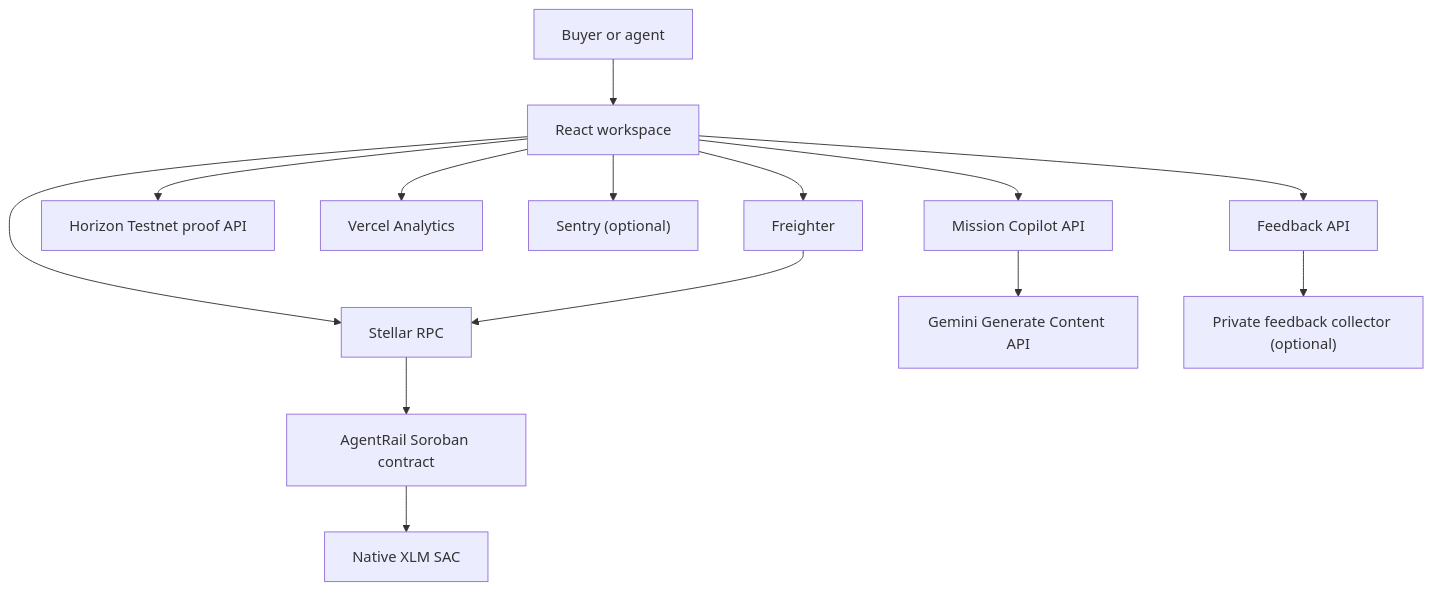
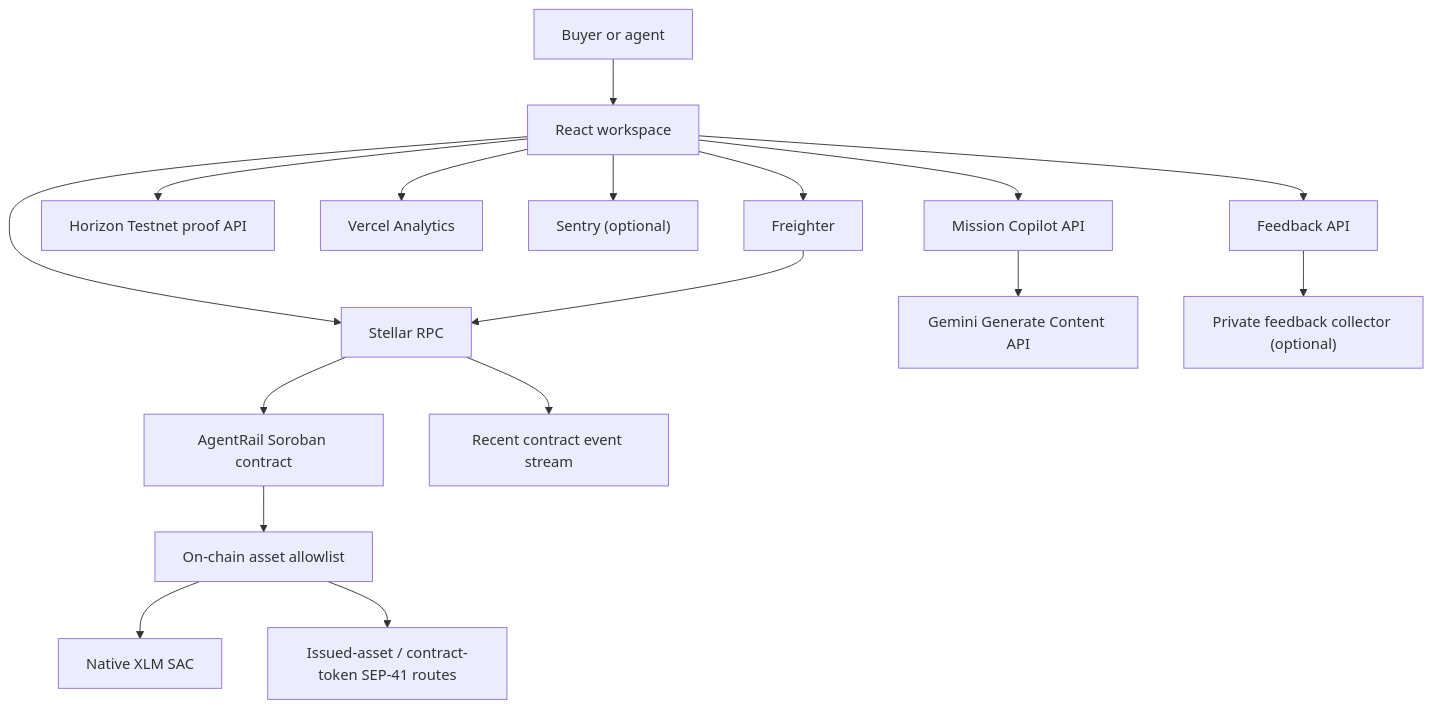
Before and after one commit to emretasss/agentrail-stellar: the first of 3 diagrams in docs/ARCHITECTURE.md, drawn with Mermaid. The commit also changed other lines of this file and 27 other files, not shown here.

Commit message:
Add Stellar payments, wallet flows, and project documentation

````diff
--- a/docs/ARCHITECTURE.md
+++ b/docs/ARCHITECTURE.md
@@ -15,16 +15,19 @@
 ```mermaid
 flowchart TB
     U["Buyer or agent"] --> UI["React workspace"]
     UI --> F["Freighter"]
     UI --> RPC["Stellar RPC"]
     UI --> H["Horizon Testnet proof API"]
     UI --> VC["Vercel Analytics"]
     UI --> S["Sentry (optional)"]
     UI --> C["Mission Copilot API"]
     UI --> FB["Feedback API"]
     C --> O["Gemini Generate Content API"]
     FB --> W["Private feedback collector (optional)"]
     F --> RPC
     RPC --> SC["AgentRail Soroban contract"]
-    SC --> SAC["Native XLM SAC"]
+    SC --> AR["On-chain asset allowlist"]
+    AR --> XLM["Native XLM SAC"]
+    AR --> ISSUED["Issued-asset / contract-token SEP-41 routes"]
+    RPC --> EV["Recent contract event stream"]
 ```
````
